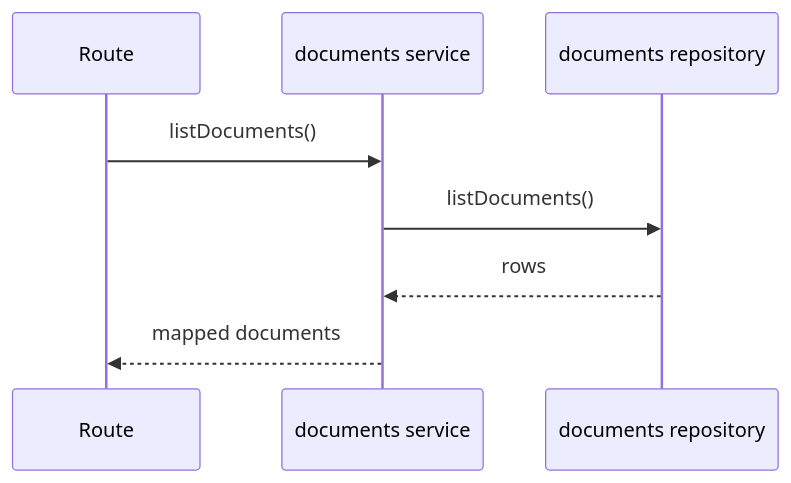
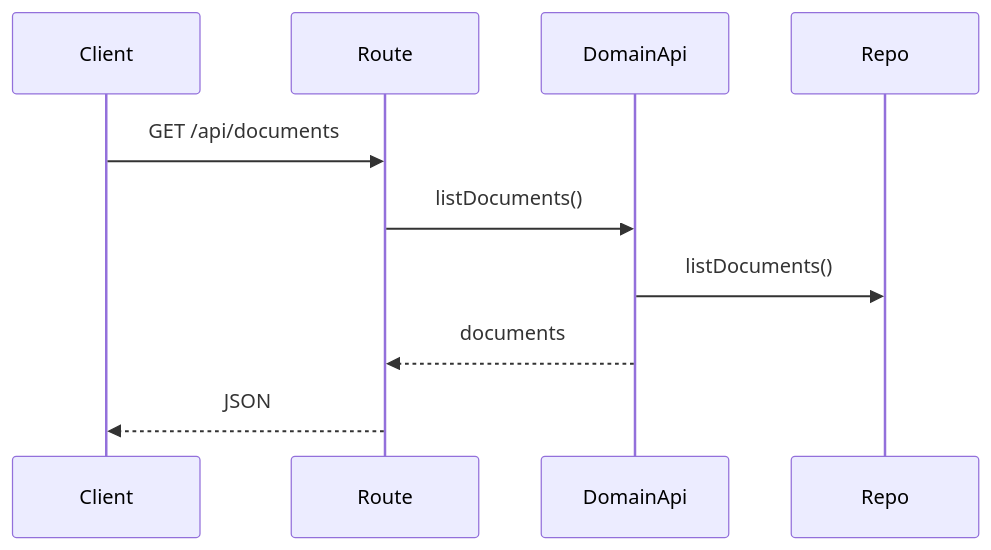
One commit to TurtleStoffel/tektite-console changed the first of 7 diagrams in src/backend/domains/documents/README.md. Above: the diagram before and after it, drawn with Mermaid. The commit also changed other lines of this file and 30 other files, not shown here.

Commit message:
split domainApi from service

````diff
--- a/src/backend/domains/documents/README.md
+++ b/src/backend/domains/documents/README.md
@@ -12,10 +12,12 @@
 ```mermaid
 sequenceDiagram
+    participant Client
     participant Route
-    participant Service as documents service
-    participant Repo as documents repository
-    Route->>Service: listDocuments()
-    Service->>Repo: listDocuments()
-    Repo-->>Service: rows
-    Service-->>Route: mapped documents
+    participant DomainApi
+    participant Repo
+    Client->>Route: GET /api/documents
+    Route->>DomainApi: listDocuments()
+    DomainApi->>Repo: listDocuments()
+    DomainApi-->>Route: documents
+    Route-->>Client: JSON
 ```
````
